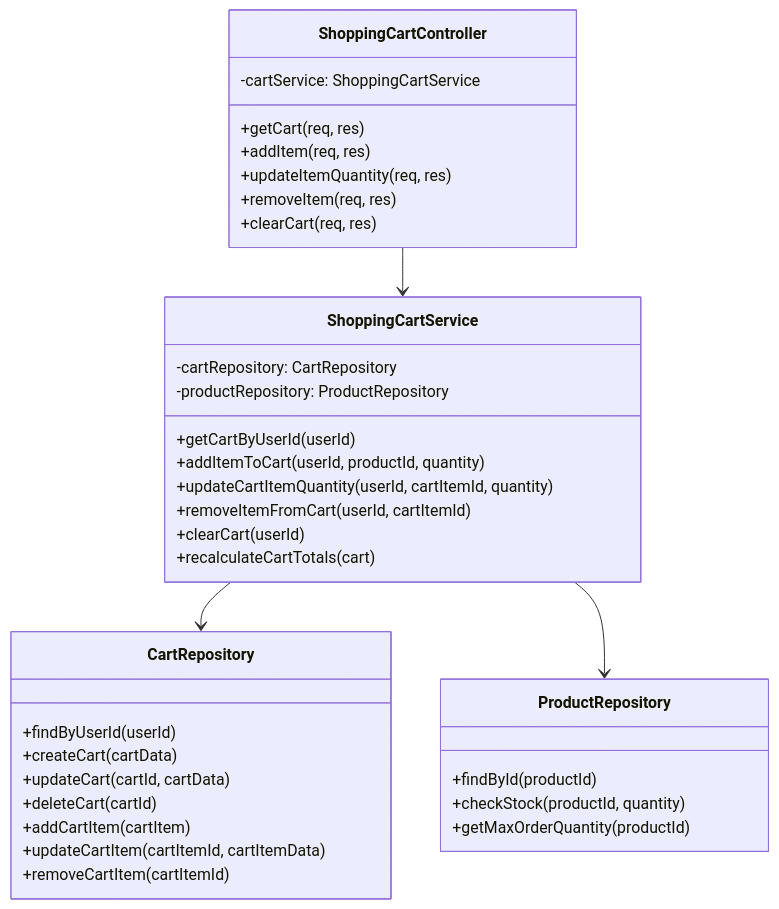
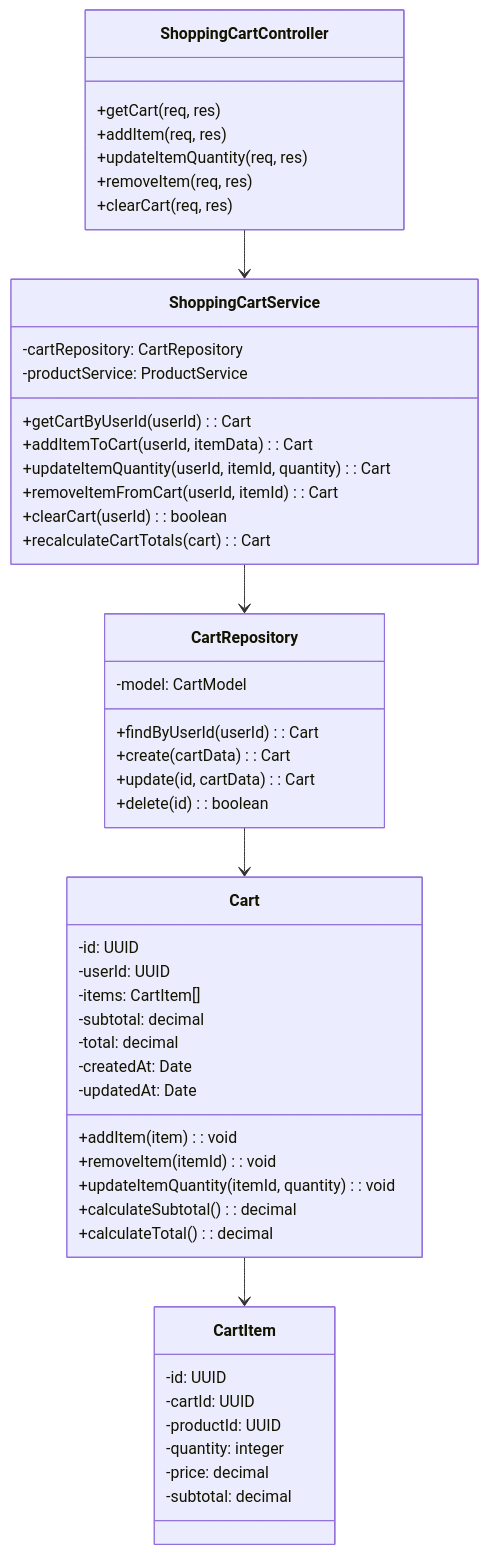
One commit to NavneetBN47/aava-ecom-demo changed the eighth of 10 diagrams in docs/LLD/lld.md. Above: the diagram before and after it, drawn with Mermaid. The commit also changed other lines of this file, not shown here.

````diff
--- a/docs/LLD/lld.md
+++ b/docs/LLD/lld.md
@@ -258,42 +647,58 @@
 ```mermaid
 classDiagram
     class ShoppingCartController {
-        -cartService: ShoppingCartService
         +getCart(req, res)
         +addItem(req, res)
         +updateItemQuantity(req, res)
         +removeItem(req, res)
         +clearCart(req, res)
     }
-
+    
     class ShoppingCartService {
         -cartRepository: CartRepository
-        -productRepository: ProductRepository
-        +getCartByUserId(userId)
-        +addItemToCart(userId, productId, quantity)
-        +updateCartItemQuantity(userId, cartItemId, quantity)
-        +removeItemFromCart(userId, cartItemId)
-        +clearCart(userId)
-        +recalculateCartTotals(cart)
+        -productService: ProductService
+        +getCartByUserId(userId): Cart
+        +addItemToCart(userId, itemData): Cart
+        +updateItemQuantity(userId, itemId, quantity): Cart
+        +removeItemFromCart(userId, itemId): Cart
+        +clearCart(userId): boolean
+        +recalculateCartTotals(cart): Cart
     }
-
+    
     class CartRepository {
-        +findByUserId(userId)
-        +createCart(cartData)
-        +updateCart(cartId, cartData)
-        +deleteCart(cartId)
-        +addCartItem(cartItem)
-        +updateCartItem(cartItemId, cartItemData)
-        +removeCartItem(cartItemId)
+        -model: CartModel
+        +findByUserId(userId): Cart
+        +create(cartData): Cart
+        +update(id, cartData): Cart
+        +delete(id): boolean
     }
-
-    class ProductRepository {
-        +findById(productId)
-        +checkStock(productId, quantity)
-        +getMaxOrderQuantity(productId)
+    
+    class Cart {
+        -id: UUID
+        -userId: UUID
+        -items: CartItem[]
+        -subtotal: decimal
+        -total: decimal
+        -createdAt: Date
+        -updatedAt: Date
+        +addItem(item): void
+        +removeItem(itemId): void
+        +updateItemQuantity(itemId, quantity): void
+        +calculateSubtotal(): decimal
+        +calculateTotal(): decimal
     }
-
+    
+    class CartItem {
+        -id: UUID
+        -cartId: UUID
+        -productId: UUID
+        -quantity: integer
+        -price: decimal
+        -subtotal: decimal
+    }
+    
     ShoppingCartController --> ShoppingCartService
     ShoppingCartService --> CartRepository
-    ShoppingCartService --> ProductRepository
+    CartRepository --> Cart
+    Cart --> CartItem
 ```
````
